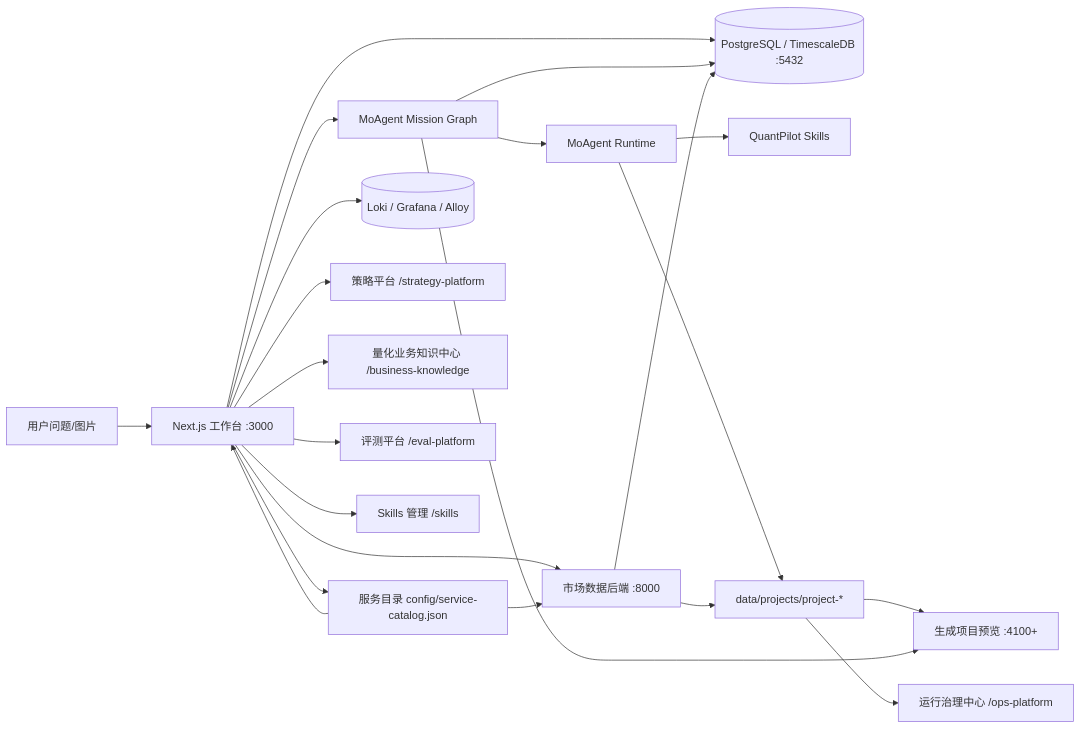
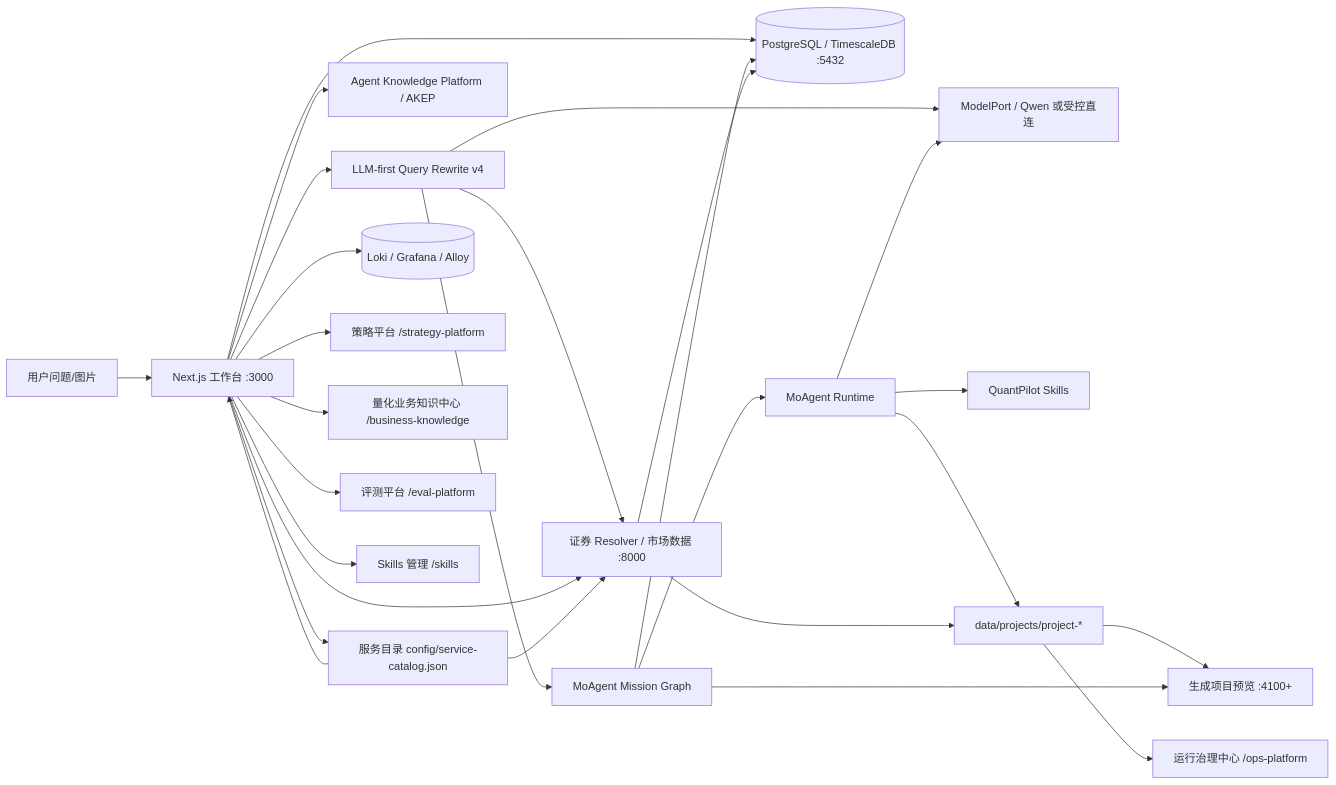
One commit to xbzz1018/SignalForge changed the diagram in docs/architecture.md. Above: the diagram before and after it, drawn with Mermaid. The commit also changed other lines of this file and 14 other files, not shown here.

Commit message:
docs(project): align architecture roadmap and navigation

````diff
--- a/docs/architecture.md
+++ b/docs/architecture.md
@@ -5,24 +5,29 @@
 ```mermaid
 flowchart LR
   U[用户问题/图片] --> W[Next.js 工作台 :3000]
+  W --> Q[LLM-first Query Rewrite v4]
+  Q --> MP[ModelPort / Qwen 或受控直连]
+  Q --> M[证券 Resolver / 市场数据 :8000]
+  Q --> G[MoAgent Mission Graph]
   W --> DB[(PostgreSQL / TimescaleDB :5432)]
-  W --> G[MoAgent Mission Graph]
   G --> R[MoAgent Runtime]
   G --> DB
   R --> S[QuantPilot Skills]
-  W --> M[市场数据后端 :8000]
+  W --> K[Agent Knowledge Platform / AKEP]
+  R --> MP
+  W --> M
   W --> SC[服务目录 config/service-catalog.json]
   SC --> W
   SC --> M
   M --> DB
   W --> L[(Loki / Grafana / Alloy)]
   R --> P[data/projects/project-*]
   M --> P
   P --> V[生成项目预览 :4100+]
   G --> V
   P --> H[运行治理中心 /ops-platform]
   W --> T[策略平台 /strategy-platform]
   W --> C[量化业务知识中心 /business-knowledge]
   W --> E[评测平台 /eval-platform]
   W --> A[Skills 管理 /skills]
 ```
````
